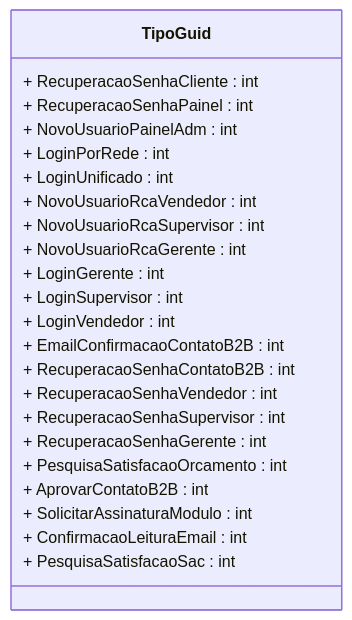
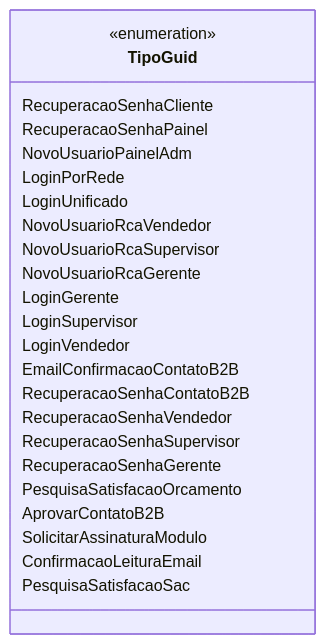
Before and after one commit to IsthmusSistemas/documentacao-tecnica: the diagram in docs/b2b-dominio/IsthmusWinthor.Nucleo/IsthmusWinthor.Dominio/Enumeradores/TipoGuid.md, drawn with Mermaid. The commit also changed other lines of this file and 882 other files, not shown here.

````diff
--- a/docs/b2b-dominio/IsthmusWinthor.Nucleo/IsthmusWinthor.Dominio/Enumeradores/TipoGuid.md
+++ b/docs/b2b-dominio/IsthmusWinthor.Nucleo/IsthmusWinthor.Dominio/Enumeradores/TipoGuid.md
@@ -13,26 +22,27 @@
 ```mermaid
 classDiagram
     class TipoGuid {
-        + RecuperacaoSenhaCliente : int
-        + RecuperacaoSenhaPainel : int
-        + NovoUsuarioPainelAdm : int
-        + LoginPorRede : int
-        + LoginUnificado : int
-        + NovoUsuarioRcaVendedor : int
-        + NovoUsuarioRcaSupervisor : int
-        + NovoUsuarioRcaGerente : int
-        + LoginGerente : int
-        + LoginSupervisor : int
-        + LoginVendedor : int
-        + EmailConfirmacaoContatoB2B : int
-        + RecuperacaoSenhaContatoB2B : int
-        + RecuperacaoSenhaVendedor : int
-        + RecuperacaoSenhaSupervisor : int
-        + RecuperacaoSenhaGerente : int
-        + PesquisaSatisfacaoOrcamento : int
-        + AprovarContatoB2B : int
-        + SolicitarAssinaturaModulo : int
-        + ConfirmacaoLeituraEmail : int
-        + PesquisaSatisfacaoSac : int
+        <<enumeration>>
+        RecuperacaoSenhaCliente
+        RecuperacaoSenhaPainel
+        NovoUsuarioPainelAdm
+        LoginPorRede
+        LoginUnificado
+        NovoUsuarioRcaVendedor
+        NovoUsuarioRcaSupervisor
+        NovoUsuarioRcaGerente
+        LoginGerente
+        LoginSupervisor
+        LoginVendedor
+        EmailConfirmacaoContatoB2B
+        RecuperacaoSenhaContatoB2B
+        RecuperacaoSenhaVendedor
+        RecuperacaoSenhaSupervisor
+        RecuperacaoSenhaGerente
+        PesquisaSatisfacaoOrcamento
+        AprovarContatoB2B
+        SolicitarAssinaturaModulo
+        ConfirmacaoLeituraEmail
+        PesquisaSatisfacaoSac
     }
 ```
````
